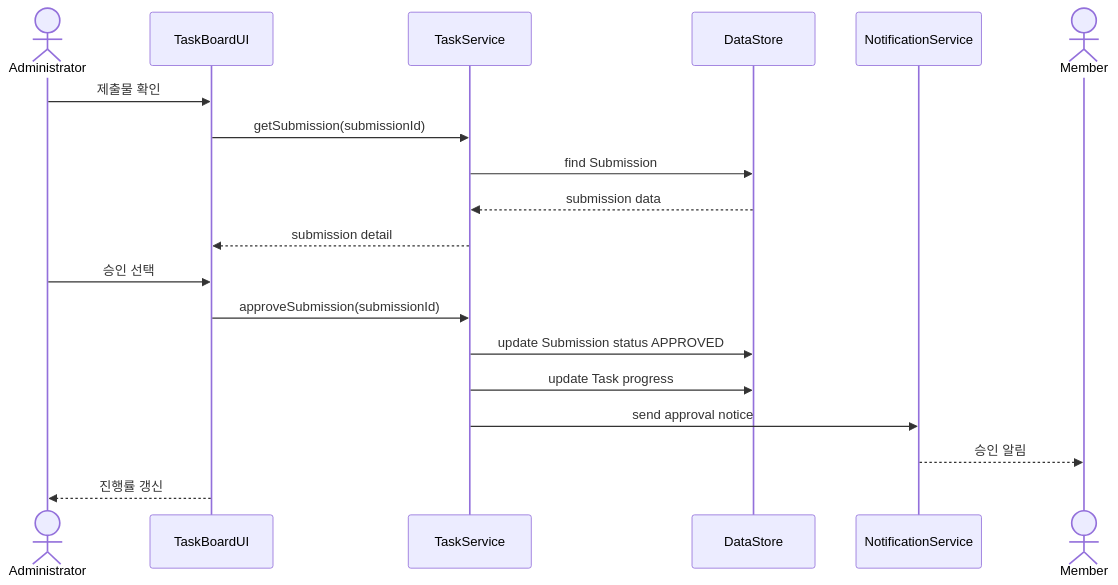
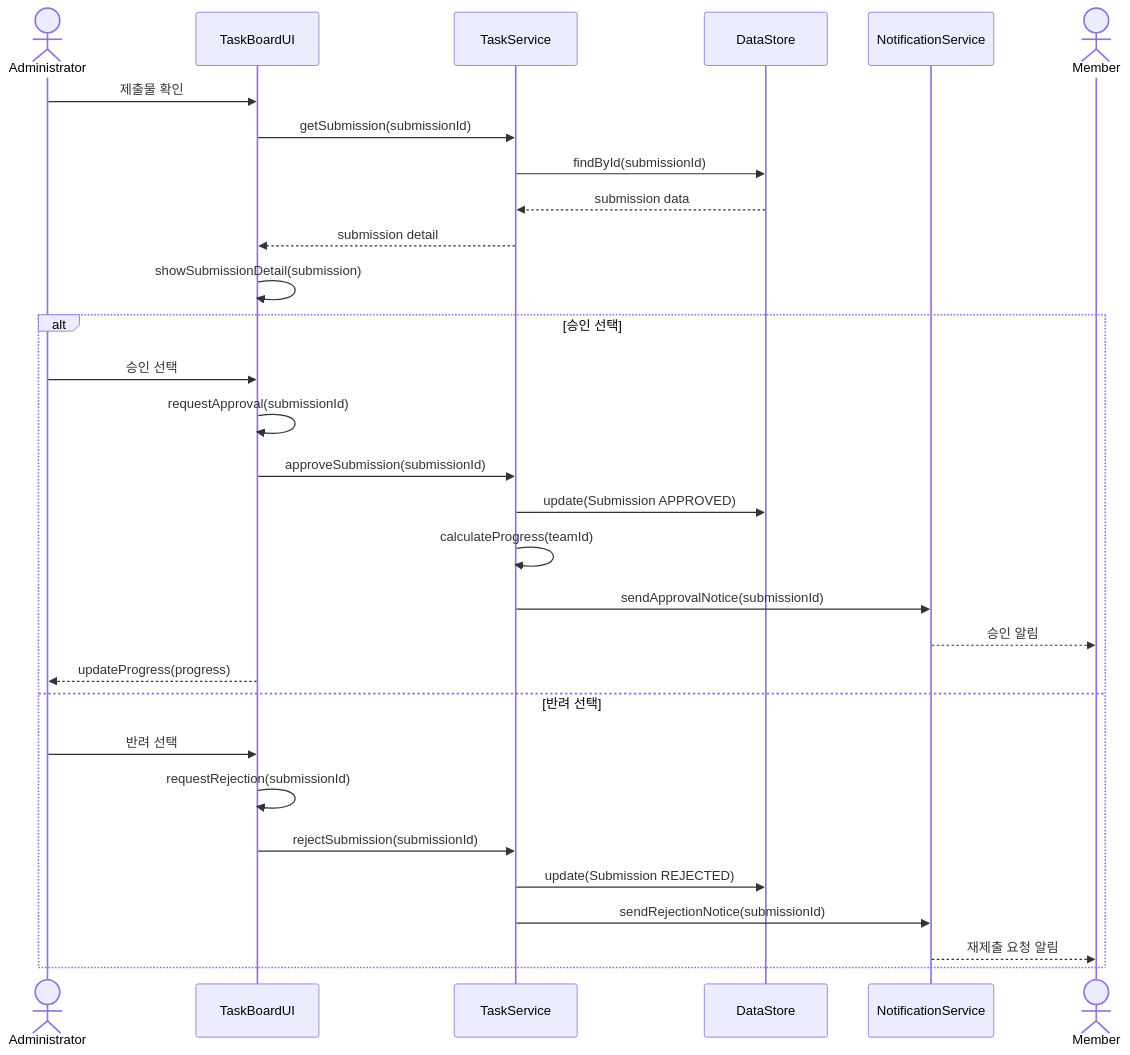
Before and after one commit to goldong23/Jo-Yul: the ninth of 16 diagrams in Design_22411923_홍주은.md, drawn with Mermaid. The commit also changed other lines of this file, not shown here.

Commit message:
UML 다이어그램 강의 규칙 반영

````diff
--- a/Design_22411923_홍주은.md
+++ b/Design_22411923_홍주은.md
@@ -430,22 +503,33 @@
 ```mermaid
 sequenceDiagram
     actor Administrator
     participant TaskBoardUI
     participant TaskService
     participant DataStore
     participant NotificationService
     actor Member
 
     Administrator->>TaskBoardUI: 제출물 확인
     TaskBoardUI->>TaskService: getSubmission(submissionId)
-    TaskService->>DataStore: find Submission
+    TaskService->>DataStore: findById(submissionId)
     DataStore-->>TaskService: submission data
     TaskService-->>TaskBoardUI: submission detail
-    Administrator->>TaskBoardUI: 승인 선택
-    TaskBoardUI->>TaskService: approveSubmission(submissionId)
-    TaskService->>DataStore: update Submission status APPROVED
-    TaskService->>DataStore: update Task progress
-    TaskService->>NotificationService: send approval notice
-    NotificationService-->>Member: 승인 알림
-    TaskBoardUI-->>Administrator: 진행률 갱신
+    TaskBoardUI->>TaskBoardUI: showSubmissionDetail(submission)
+    alt 승인 선택
+        Administrator->>TaskBoardUI: 승인 선택
+        TaskBoardUI->>TaskBoardUI: requestApproval(submissionId)
+        TaskBoardUI->>TaskService: approveSubmission(submissionId)
+        TaskService->>DataStore: update(Submission APPROVED)
+        TaskService->>TaskService: calculateProgress(teamId)
+        TaskService->>NotificationService: sendApprovalNotice(submissionId)
+        NotificationService-->>Member: 승인 알림
+        TaskBoardUI-->>Administrator: updateProgress(progress)
+    else 반려 선택
+        Administrator->>TaskBoardUI: 반려 선택
+        TaskBoardUI->>TaskBoardUI: requestRejection(submissionId)
+        TaskBoardUI->>TaskService: rejectSubmission(submissionId)
+        TaskService->>DataStore: update(Submission REJECTED)
+        TaskService->>NotificationService: sendRejectionNotice(submissionId)
+        NotificationService-->>Member: 재제출 요청 알림
+    end
 ```
````
